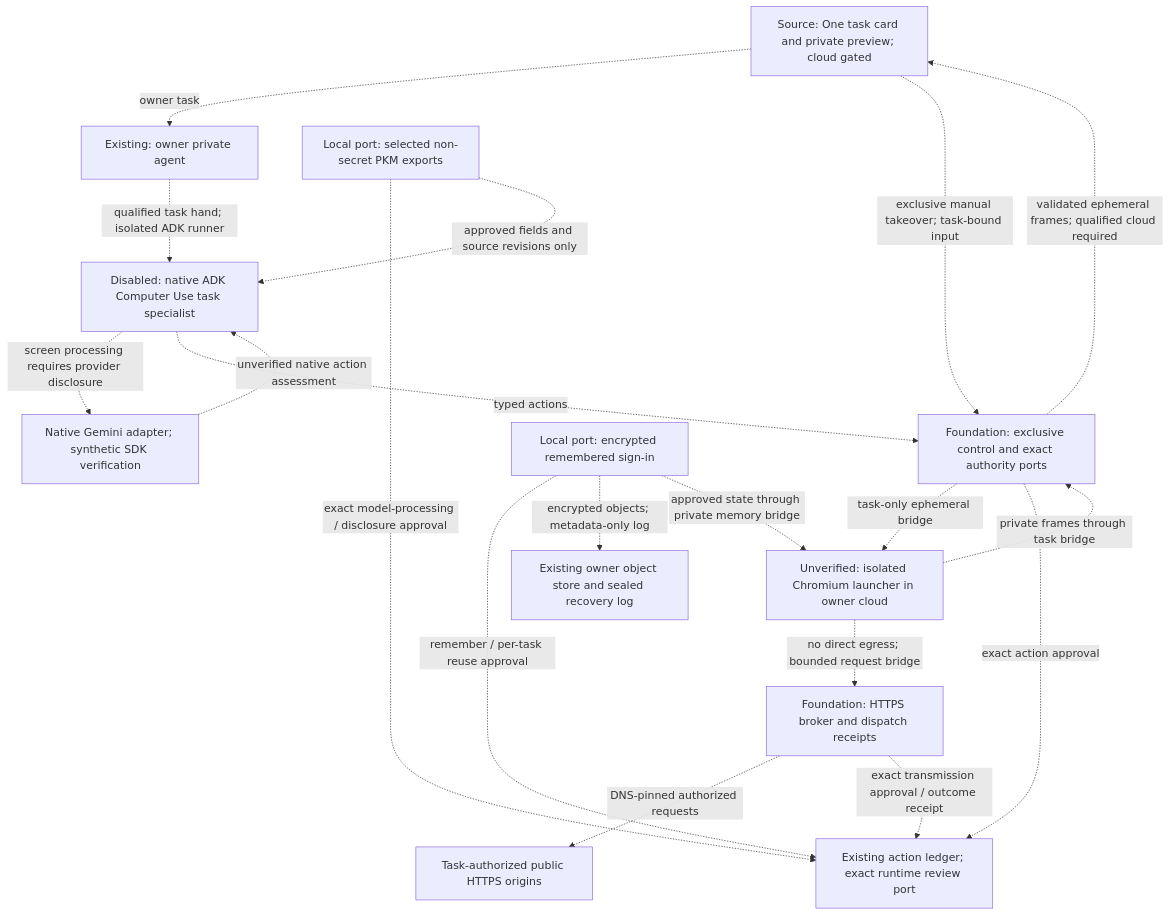
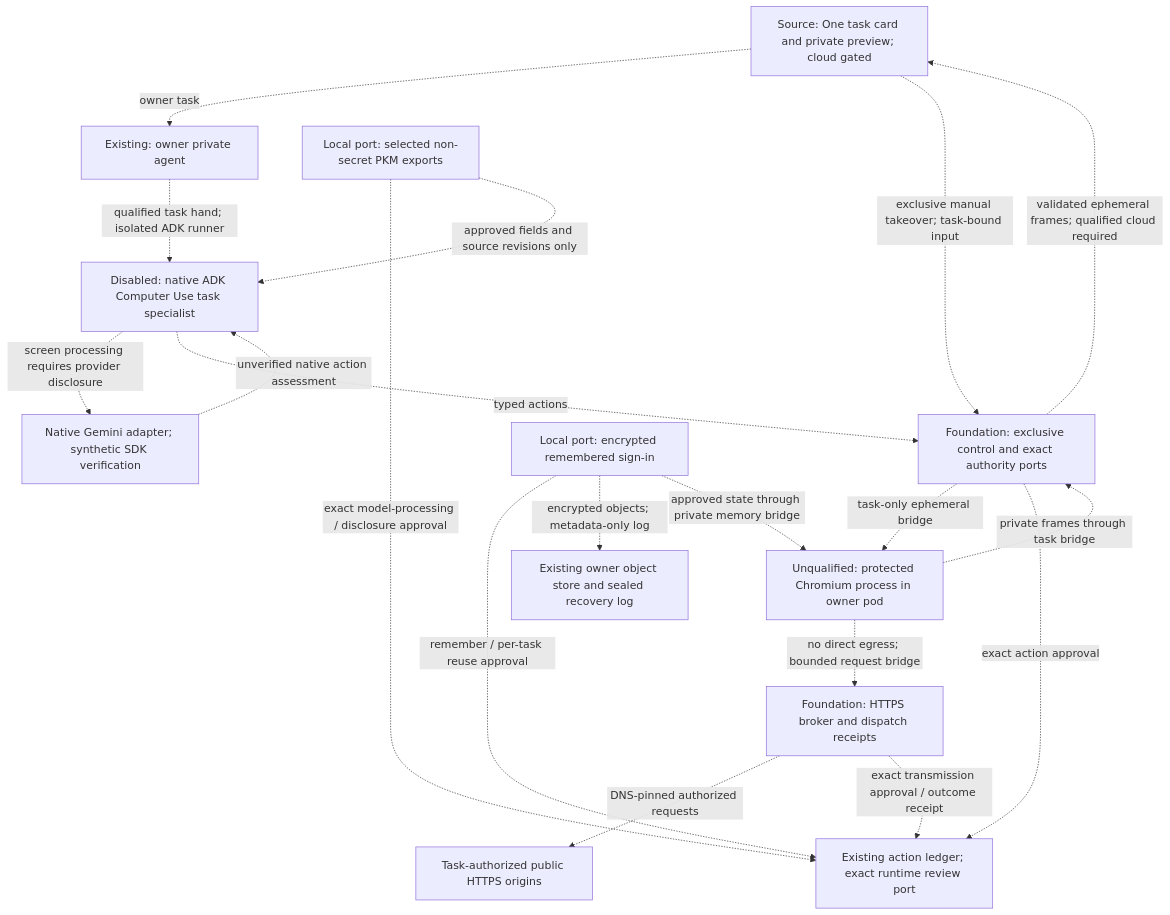
The diagram in consent-protocol/docs/reference/private-browser-runtime.md (hushh-labs/hushh-research), drawn with Mermaid before and after one commit. The commit also changed other lines of this file and 7 other files, not shown here.

Commit message:
feat(browser): qualify protected in-pod execution and retain cloud refusals

````diff
--- a/consent-protocol/docs/reference/private-browser-runtime.md
+++ b/consent-protocol/docs/reference/private-browser-runtime.md
@@ -112,33 +160,33 @@
 ```mermaid
 flowchart TD
     UI["Source: One task card and private preview; cloud gated"]
     One["Existing: owner private agent"]
     Agent["Disabled: native ADK Computer Use task specialist"]
     Model["Native Gemini adapter; synthetic SDK verification"]
     Control["Foundation: exclusive control and exact authority ports"]
     Broker["Foundation: HTTPS broker and dispatch receipts"]
-    Cloud["Unverified: isolated Chromium launcher in owner cloud"]
+    Cloud["Unqualified: protected Chromium process in owner pod"]
     Web["Task-authorized public HTTPS origins"]
     Ledger["Existing action ledger; exact runtime review port"]
     Information["Local port: selected non-secret PKM exports"]
     Sessions["Local port: encrypted remembered sign-in"]
     Store["Existing owner object store and sealed recovery log"]
     UI -. "owner task" .-> One
     UI -. "exclusive manual takeover; task-bound input" .-> Control
     One -. "qualified task hand; isolated ADK runner" .-> Agent
     Agent -. "screen processing requires provider disclosure" .-> Model
     Model -. "unverified native action assessment" .-> Agent
     Agent -. "typed actions" .-> Control
     Control -. "task-only ephemeral bridge" .-> Cloud
     Cloud -. "no direct egress; bounded request bridge" .-> Broker
     Broker -. "DNS-pinned authorized requests" .-> Web
     Control -. "exact action approval" .-> Ledger
     Information -. "exact model-processing / disclosure approval" .-> Ledger
     Information -. "approved fields and source revisions only" .-> Agent
     Sessions -. "remember / per-task reuse approval" .-> Ledger
     Sessions -. "encrypted objects; metadata-only log" .-> Store
     Sessions -. "approved state through private memory bridge" .-> Cloud
     Broker -. "exact transmission approval / outcome receipt" .-> Ledger
     Cloud -. "private frames through task bridge" .-> Control
     Control -. "validated ephemeral frames; qualified cloud required" .-> UI
 ```
````
